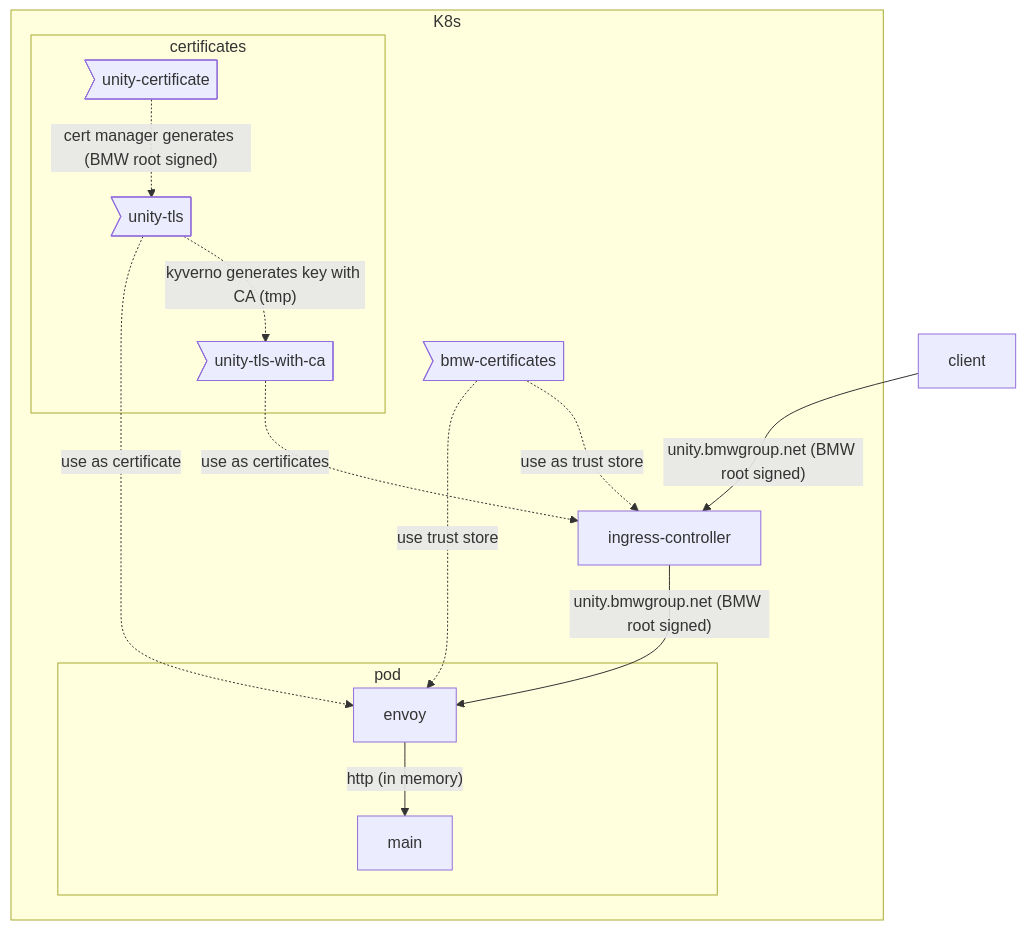
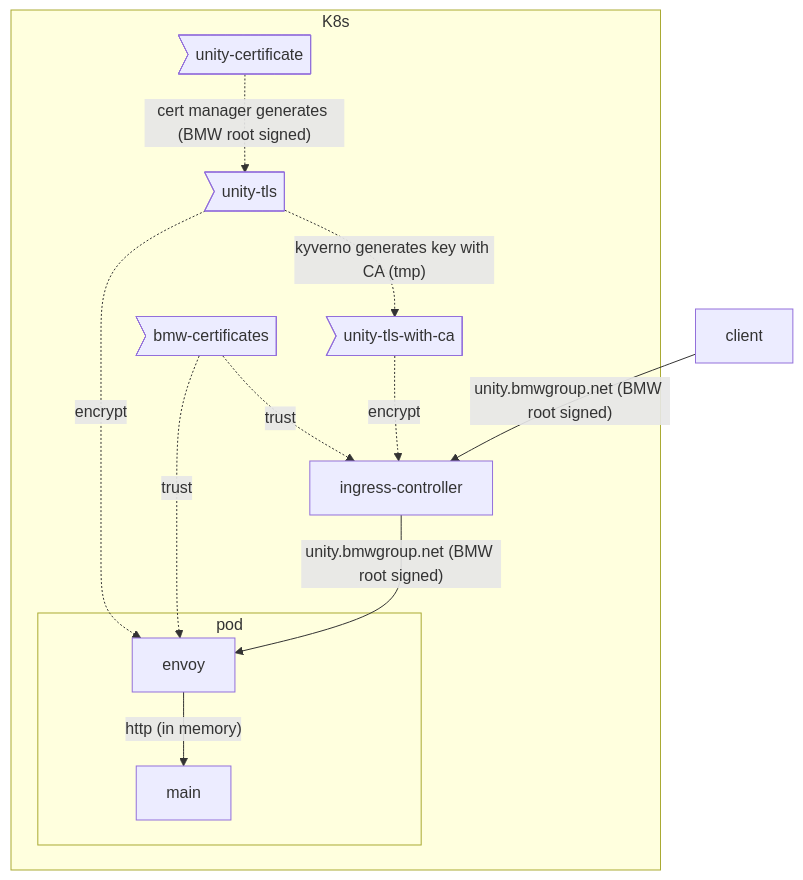
Before and after one commit to RomanKue/docs-example: the diagram in docs/dev-ops-handbook/certs.md, drawn with Mermaid. The commit also changed other lines of this file and 1 other file, not shown here.

````diff
--- a/docs/dev-ops-handbook/certs.md
+++ b/docs/dev-ops-handbook/certs.md
@@ -34,21 +34,19 @@
 ```mermaid
 graph TB
     client-- "unity.bmwgroup.net (BMW root signed)" -->ingress-controller
 
     subgraph K8s
-      subgraph certificates
-          unity-certificate>unity-certificate]-. "cert manager generates (BMW root signed)" .->unity-tls>unity-tls]
-          unity-tls>unity-tls]-."kyverno generates key with CA (tmp)" .->unity-tls-with-ca>unity-tls-with-ca]
-      end
+      unity-certificate>unity-certificate]-. "cert manager generates (BMW root signed)" .->unity-tls>unity-tls]
+      unity-tls>unity-tls]-."kyverno generates key with CA (tmp)" .->unity-tls-with-ca>unity-tls-with-ca]
+      bmw-certificates>bmw-certificates]-. "trust" .->ingress-controller
 
-      bmw-certificates>bmw-certificates]-. "use as trust store" .->ingress-controller
-      unity-tls-with-ca-."use as certificates" .->ingress-controller
+      unity-tls-with-ca-."encrypt" .->ingress-controller
       ingress-controller-- "unity.bmwgroup.net (BMW root signed)" -->envoy
-      bmw-certificates>bmw-certificates]-. "use trust store" .->envoy
+      bmw-certificates>bmw-certificates]-. "trust" .->envoy
+      unity-tls>unity-tls]-."encrypt" .->envoy
 
       subgraph pod
-          unity-tls>unity-tls]-."use as certificate" .->envoy
           envoy-- "http (in memory)" -->main
       end
     end
 ```
````
